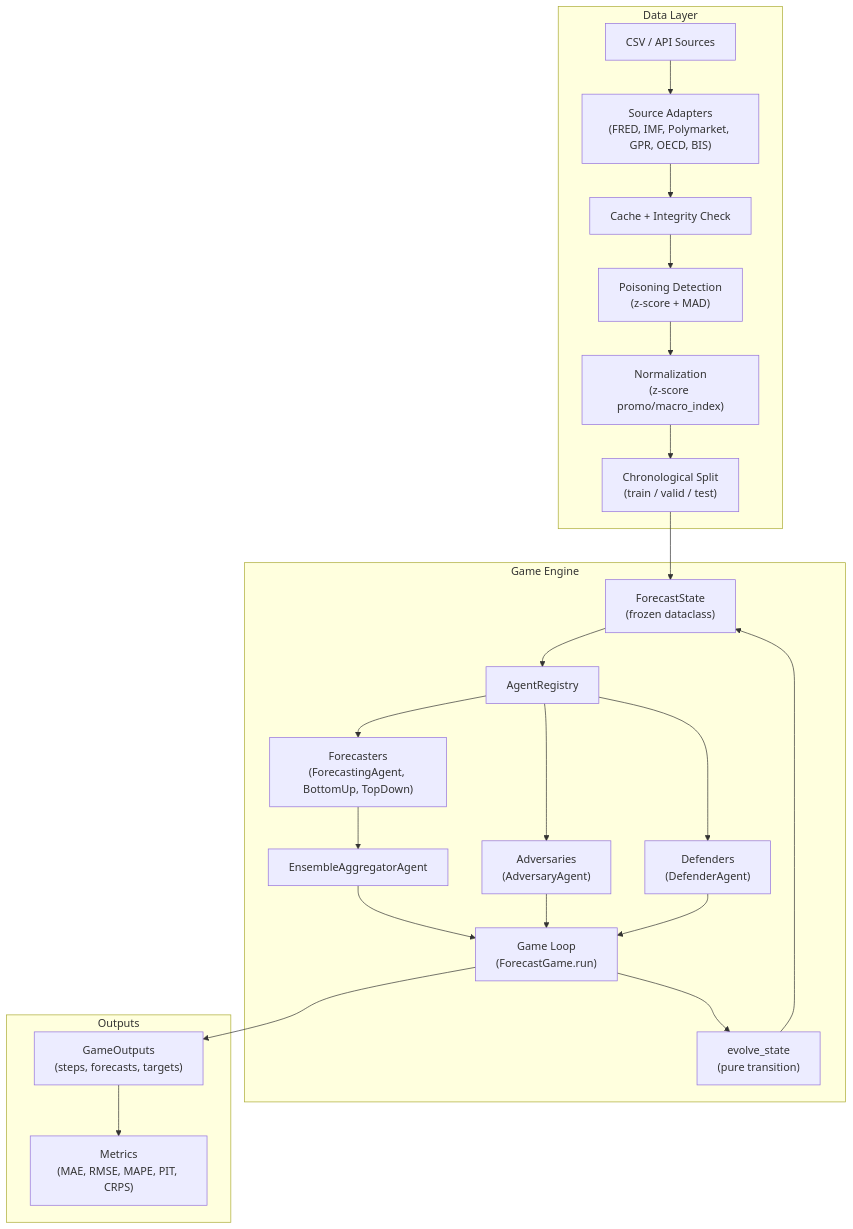
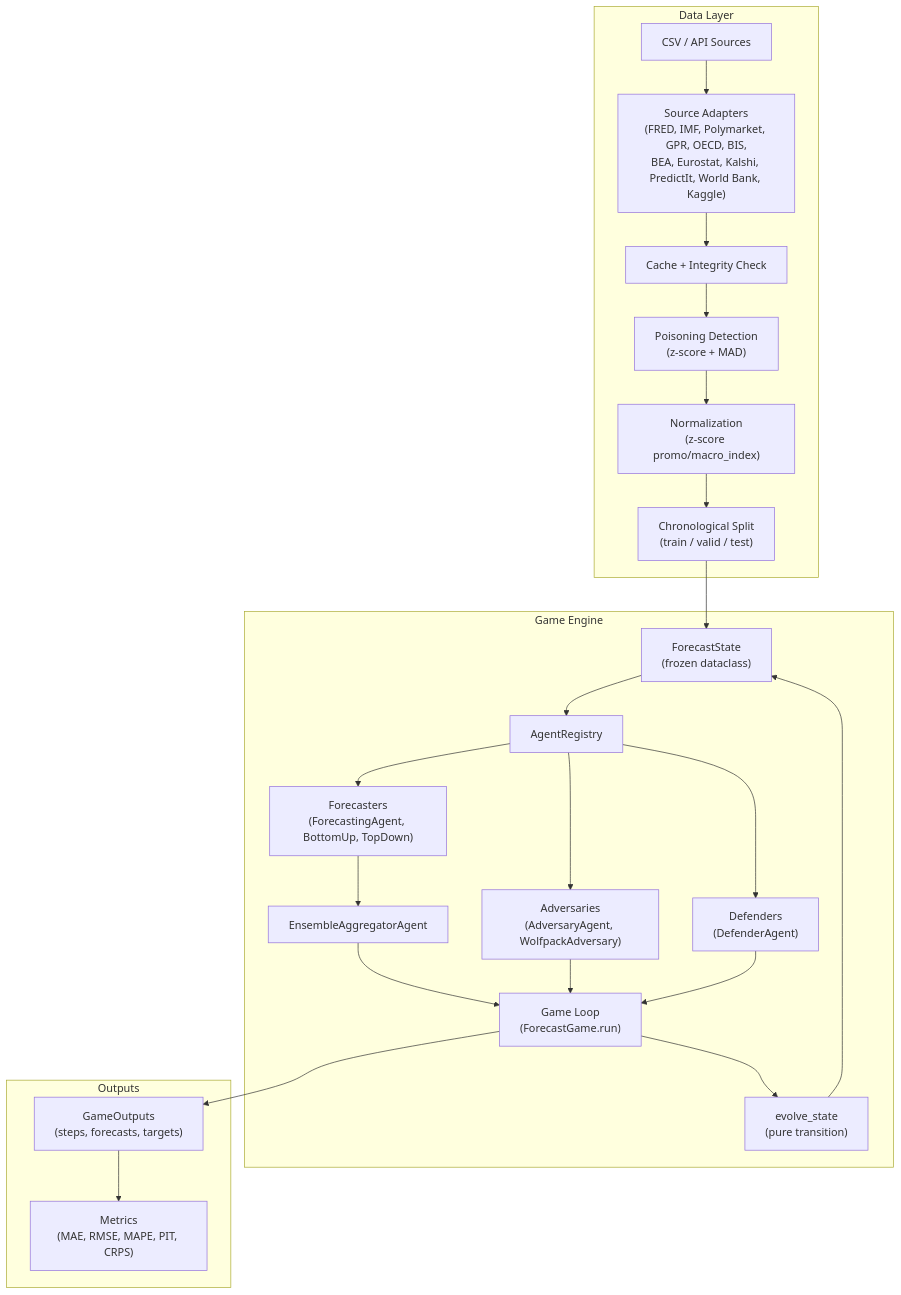
One commit to tripp-smith/marl-forecast-game changed the first of 5 diagrams in docs/architecture.md. Above: the diagram before and after it, drawn with Mermaid. The commit also changed other lines of this file and 37 other files, not shown here.

````diff
--- a/docs/architecture.md
+++ b/docs/architecture.md
@@ -18,38 +18,38 @@
 ```mermaid
 graph TB
     subgraph data ["Data Layer"]
         CSV["CSV / API Sources"]
-        Adapters["Source Adapters<br/>(FRED, IMF, Polymarket, GPR, OECD, BIS)"]
+        Adapters["Source Adapters<br/>(FRED, IMF, Polymarket, GPR, OECD, BIS,<br/>BEA, Eurostat, Kalshi, PredictIt, World Bank, Kaggle)"]
         Cache["Cache + Integrity Check"]
         Poison["Poisoning Detection<br/>(z-score + MAD)"]
         Norm["Normalization<br/>(z-score promo/macro_index)"]
         Split["Chronological Split<br/>(train / valid / test)"]
     end
 
     subgraph engine ["Game Engine"]
         State["ForecastState<br/>(frozen dataclass)"]
         Registry["AgentRegistry"]
         Forecasters["Forecasters<br/>(ForecastingAgent, BottomUp, TopDown)"]
-        Adversaries["Adversaries<br/>(AdversaryAgent)"]
+        Adversaries["Adversaries<br/>(AdversaryAgent, WolfpackAdversary)"]
         Defenders["Defenders<br/>(DefenderAgent)"]
         Aggregator["EnsembleAggregatorAgent"]
         Loop["Game Loop<br/>(ForecastGame.run)"]
         Evolve["evolve_state<br/>(pure transition)"]
     end
 
     subgraph outputs ["Outputs"]
         GameOutputs["GameOutputs<br/>(steps, forecasts, targets)"]
         Metrics["Metrics<br/>(MAE, RMSE, MAPE, PIT, CRPS)"]
     end
 
     CSV --> Adapters --> Cache --> Poison --> Norm --> Split
     Split --> State
     State --> Registry
     Registry --> Forecasters & Adversaries & Defenders
     Forecasters --> Aggregator
     Aggregator --> Loop
     Adversaries --> Loop
     Defenders --> Loop
     Loop --> Evolve --> State
     Loop --> GameOutputs --> Metrics
 ```
````
